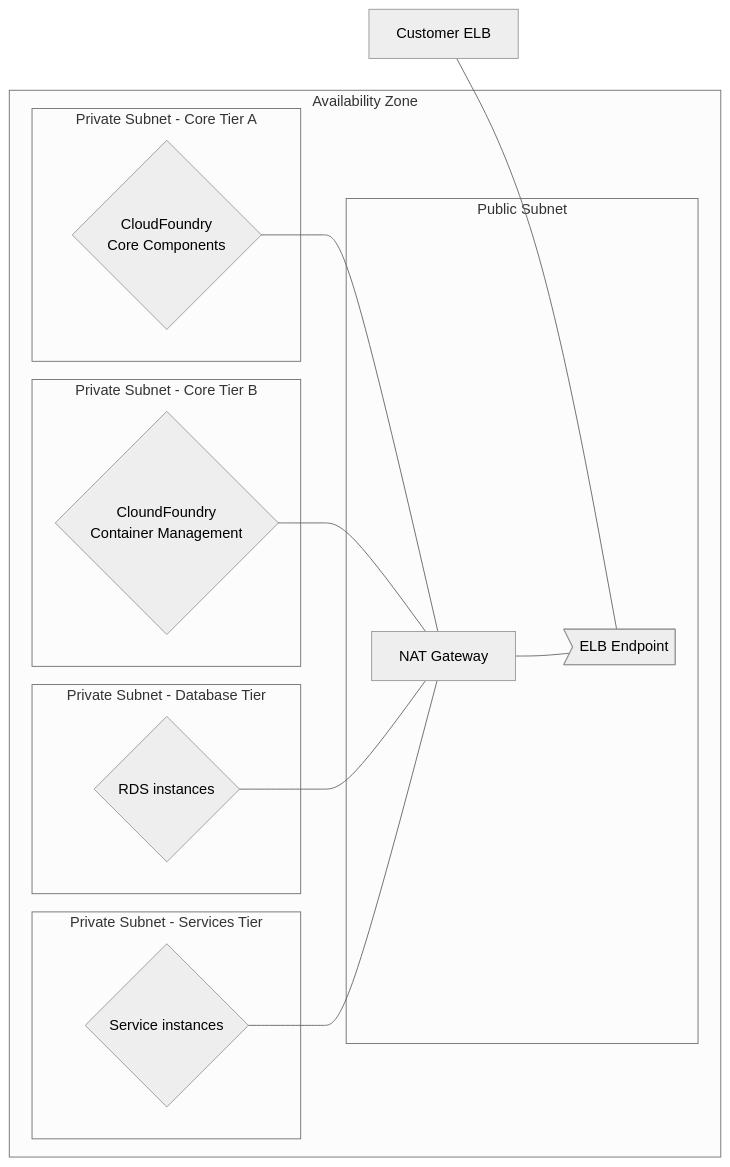
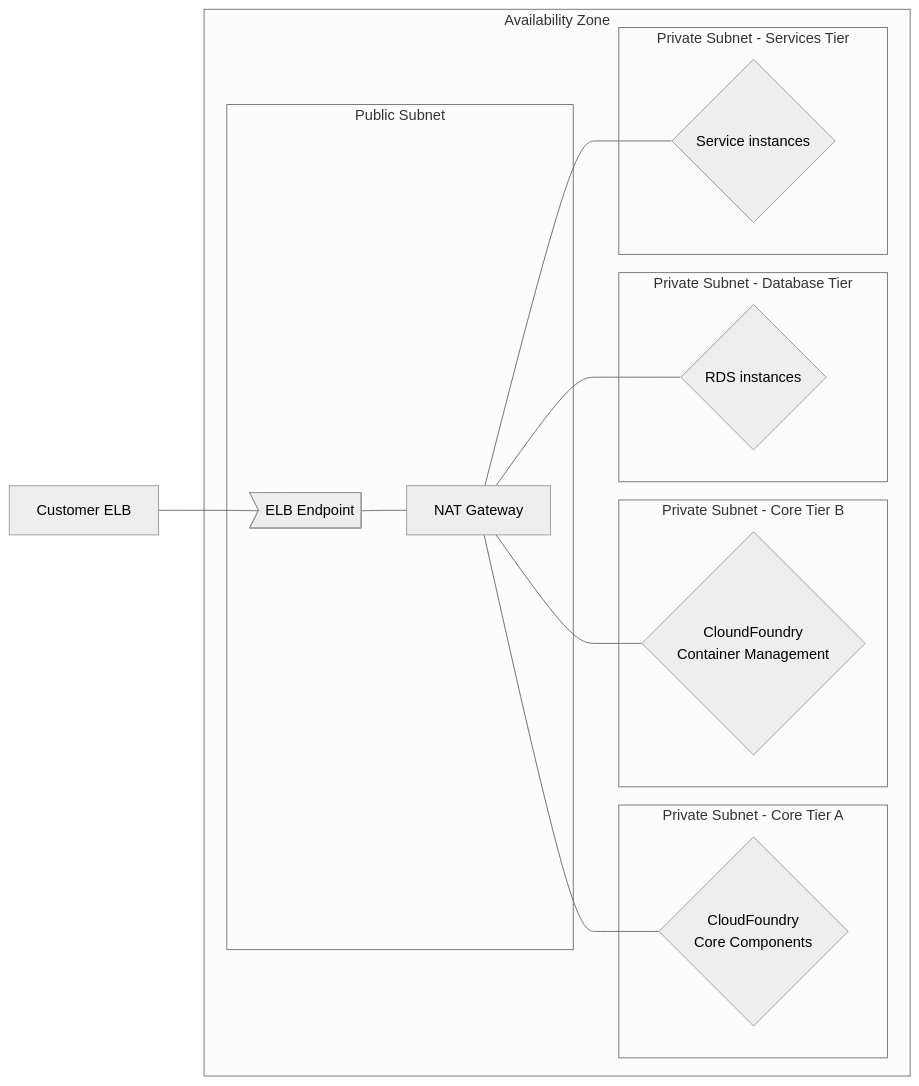
One commit to cloud-gov/system-diagrams changed the diagram in source/diagrams/10-1.2-prod-az.mmd. Above: the diagram before and after it, drawn with Mermaid (neutral theme). The commit also changed 1 other file, not shown here.

Commit message:
flip the orientation of the AZ diagrams

```diff
--- a/source/diagrams/10-1.2-prod-az.mmd
+++ b/source/diagrams/10-1.2-prod-az.mmd
@@ -1,30 +1,30 @@
 %% title: 10-1.2 Production Availability Zone
 %% description: Section 10 - System Environment - 10-1.2 Production Availability Zone
 graph LR
   subgraph Availability Zone
     subgraph Public Subnet
       nat["NAT Gateway"]
       elb-endpoint>"ELB Endpoint"]
     end
     subgraph Private Subnet - Core Tier A
       cf{"CloudFoundry<br>Core Components"}
     end
     subgraph Private Subnet - Core Tier B
       diego{"CloundFoundry<br>Container Management"}
     end
     subgraph Private Subnet - Database Tier
       rds{"RDS instances"}
     end
     subgraph Private Subnet - Services Tier
       services{"Service instances"}
     end
   end
   apps-elb["Customer ELB"]
 
   apps-elb---elb-endpoint
 
-  nat---elb-endpoint
-  cf---nat
-  diego---nat
-  rds---nat
-  services---nat
+  elb-endpoint---nat
+  nat---cf
+  nat---diego
+  nat---rds
+  nat---services
```
